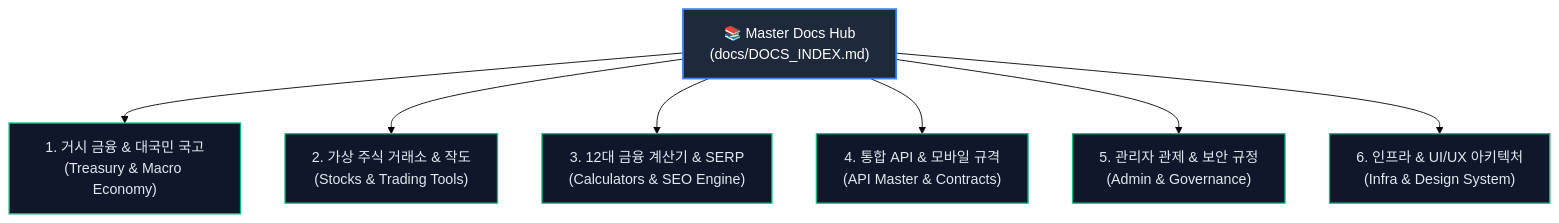
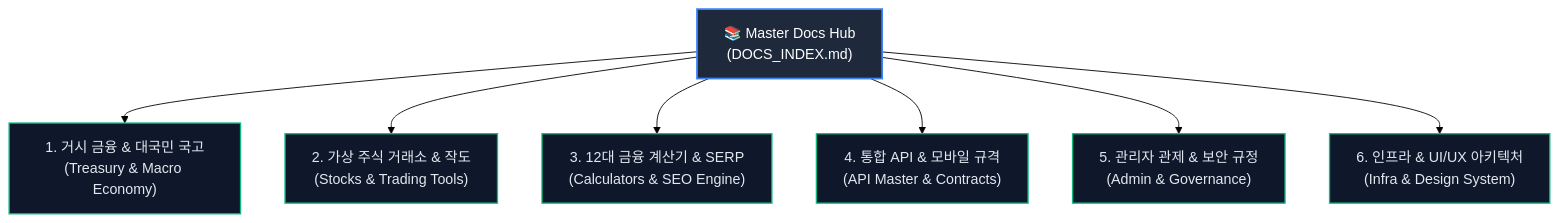
The diagram in docs/DOCS_INDEX.md (wtrdd1-hash/Woldeok-Moneyverse-Migration), drawn with Mermaid (forest theme) before and after one commit. The commit also changed other lines of this file and 16 other files, not shown here.

````diff
--- a/docs/DOCS_INDEX.md
+++ b/docs/DOCS_INDEX.md
@@ -14,14 +14,14 @@
 ```mermaid
 graph TD
-    Root["📚 Master Docs Hub<br/>(docs/DOCS_INDEX.md)"] --> D1["1. 거시 금융 & 대국민 국고<br/>(Treasury & Macro Economy)"]
+    Root["📚 Master Docs Hub<br/>(DOCS_INDEX.md)"] --> D1["1. 거시 금융 & 대국민 국고<br/>(Treasury & Macro Economy)"]
     Root --> D2["2. 가상 주식 거래소 & 작도<br/>(Stocks & Trading Tools)"]
     Root --> D3["3. 12대 금융 계산기 & SERP<br/>(Calculators & SEO Engine)"]
     Root --> D4["4. 통합 API & 모바일 규격<br/>(API Master & Contracts)"]
     Root --> D5["5. 관리자 관제 & 보안 규정<br/>(Admin & Governance)"]
     Root --> D6["6. 인프라 & UI/UX 아키텍처<br/>(Infra & Design System)"]
 
     classDef rootStyle fill:#1e293b,stroke:#3b82f6,stroke-width:2px,color:#fff;
     classDef dStyle fill:#0f172a,stroke:#10b981,stroke-width:1.5px,color:#e2e8f0;
     class Root rootStyle;
     class D1,D2,D3,D4,D5,D6 dStyle;
 ```
````
